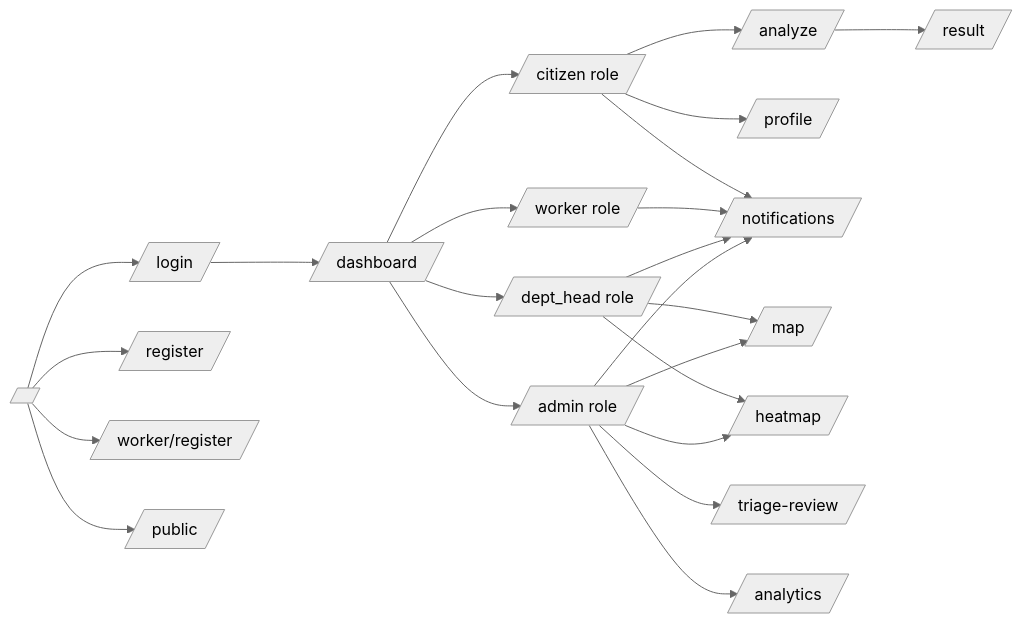
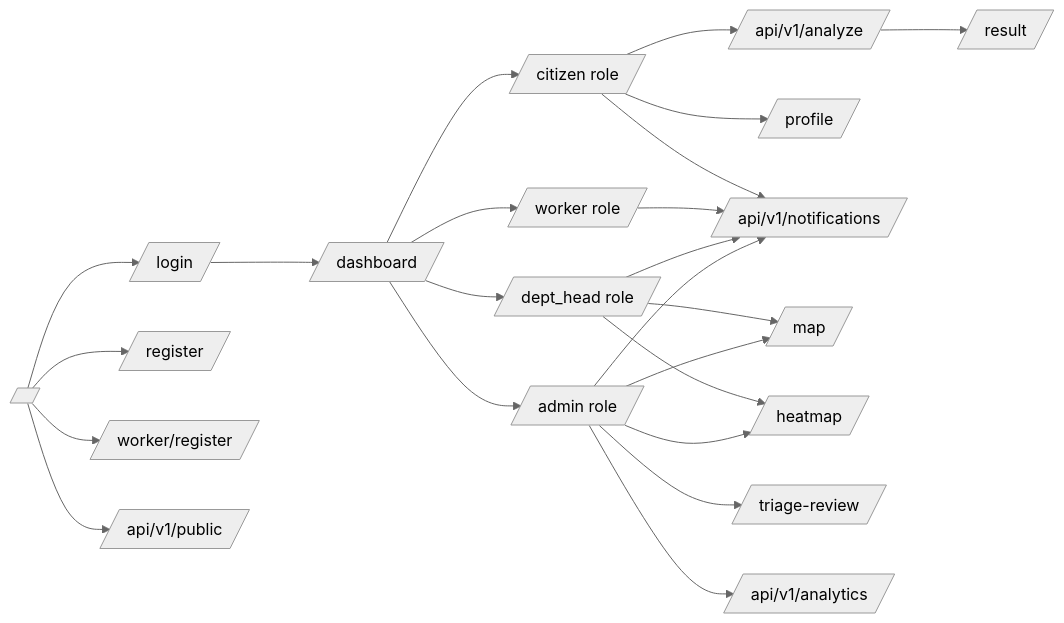
The first of 5 diagrams in docs/GUI_WIREFRAMES.md (ark5234/Jan-Sunwai-AI), drawn with Mermaid (neutral theme) before and after one commit. The commit also changed other lines of this file and 21 other files, not shown here.

First line of the commit message:
Update LaTeX documents and add detailed diagrams for System Architecture and Design

````diff
--- a/docs/GUI_WIREFRAMES.md
+++ b/docs/GUI_WIREFRAMES.md
@@ -7,31 +7,31 @@
 ```mermaid
 flowchart LR
     Home[/ /] --> Login[/login/]
     Home --> Register[/register/]
     Home --> WorkerRegister[/worker/register/]
 
     Login --> Dashboard[/dashboard/]
 
     Dashboard --> CitizenDash[/citizen role/]
     Dashboard --> WorkerDash[/worker role/]
     Dashboard --> DeptDash[/dept_head role/]
     Dashboard --> AdminDash[/admin role/]
 
-    CitizenDash --> Analyze[/analyze/]
+    CitizenDash --> Analyze[/api/v1/analyze/]
     Analyze --> Result[/result/]
     CitizenDash --> Profile[/profile/]
-    CitizenDash --> Notifications[/notifications/]
+    CitizenDash --> Notifications[/api/v1/notifications/]
 
     WorkerDash --> Notifications
     DeptDash --> Map[/map/]
     DeptDash --> Heatmap[/heatmap/]
     DeptDash --> Notifications
 
     AdminDash --> Triage[/triage-review/]
-    AdminDash --> Analytics[/analytics/]
+    AdminDash --> Analytics[/api/v1/analytics/]
     AdminDash --> Map
     AdminDash --> Heatmap
     AdminDash --> Notifications
 
-    Home --> PublicBoard[/public/]
+    Home --> PublicBoard[/api/v1/public/]
 ```
````
